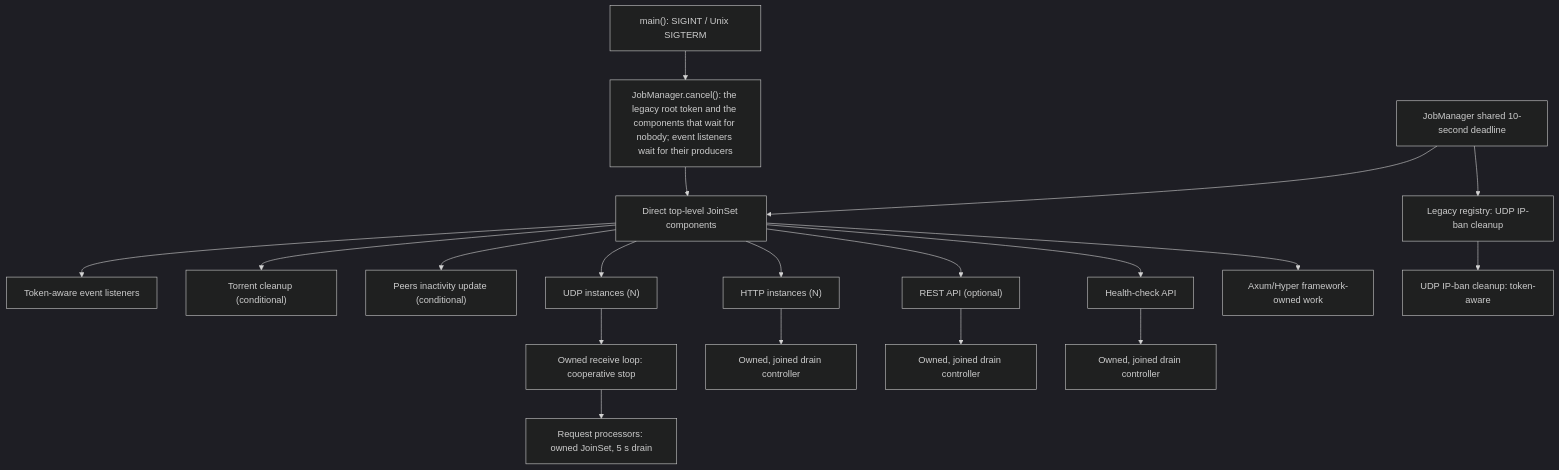
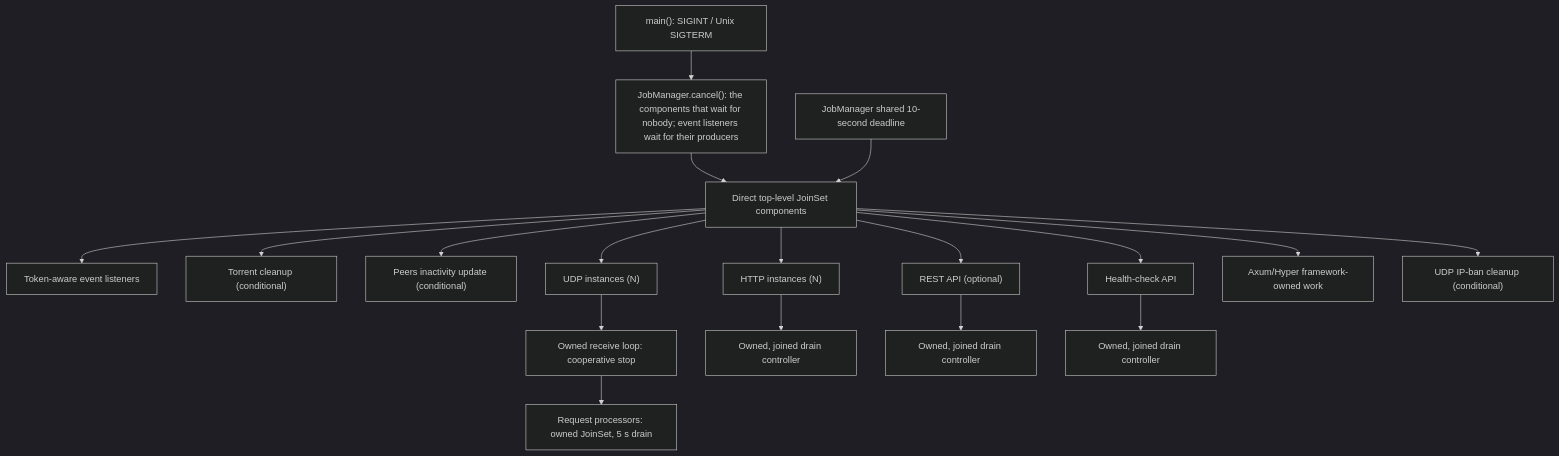
The diagram in docs/features/shutdown-process/task-inventory.md (torrust/torrust-tracker), drawn with Mermaid (dark theme) before and after one commit. The commit also changed other lines of this file and 6 other files, not shown here.

````diff
--- a/docs/features/shutdown-process/task-inventory.md
+++ b/docs/features/shutdown-process/task-inventory.md
@@ -81,21 +80,20 @@
 ```mermaid
 flowchart TD
-    main["main(): SIGINT / Unix SIGTERM"] --> cancel["JobManager.cancel(): the legacy root token and the components that wait for nobody; event listeners wait for their producers"]
+    main["main(): SIGINT / Unix SIGTERM"] --> cancel["JobManager.cancel(): the components that wait for nobody; event listeners wait for their producers"]
     cancel --> direct["Direct top-level JoinSet components"]
     direct --> listeners["Token-aware event listeners"]
     direct --> cleanup["Torrent cleanup (conditional)"]
     direct --> inactivity["Peers inactivity update (conditional)"]
     direct --> udp["UDP instances (N)"]
     udp --> udpLoop["Owned receive loop: cooperative stop"]
     udpLoop --> udpRequests["Request processors: owned JoinSet, 5 s drain"]
     direct --> http["HTTP instances (N)"]
     http --> httpController["Owned, joined drain controller"]
     direct --> rest["REST API (optional)"]
     rest --> restController["Owned, joined drain controller"]
     direct --> health["Health-check API"]
     health --> healthController["Owned, joined drain controller"]
     direct --> framework["Axum/Hyper framework-owned work"]
     manager["JobManager shared 10-second deadline"] --> direct
-    manager --> legacy["Legacy registry: UDP IP-ban cleanup"]
-    legacy --> ban["UDP IP-ban cleanup: token-aware"]
+    direct --> ban["UDP IP-ban cleanup (conditional)"]
 ```
````
